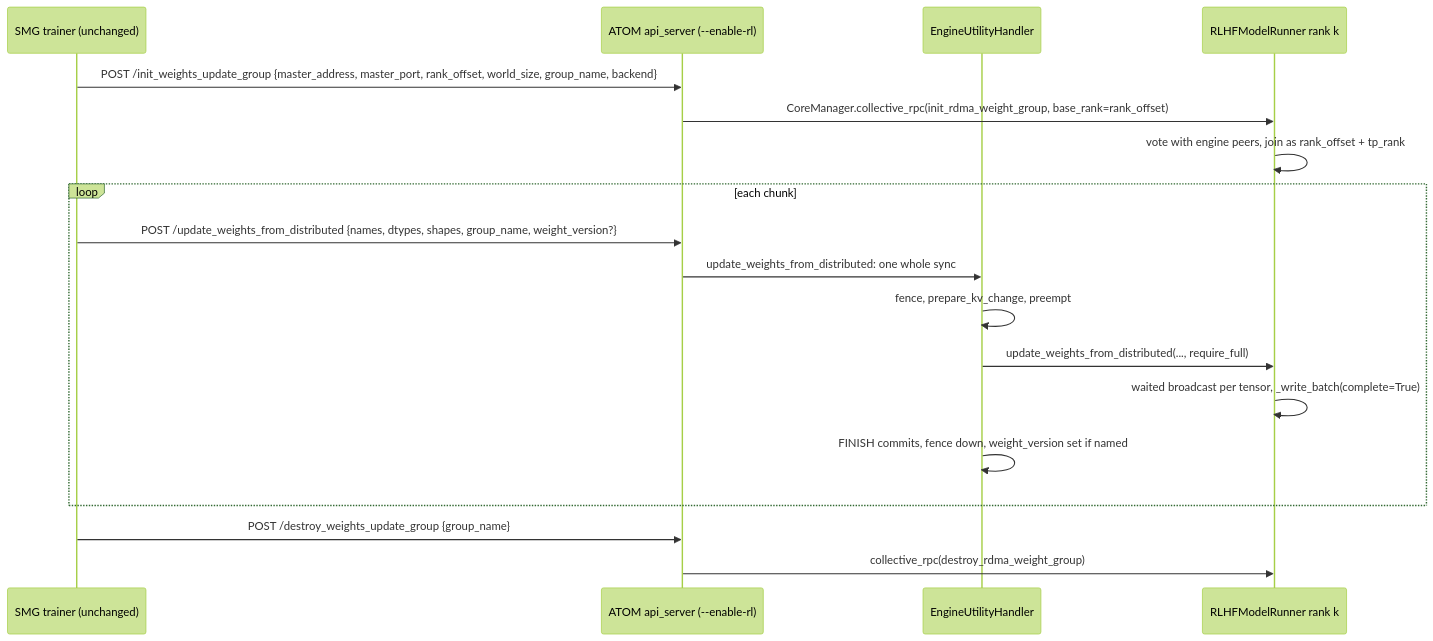
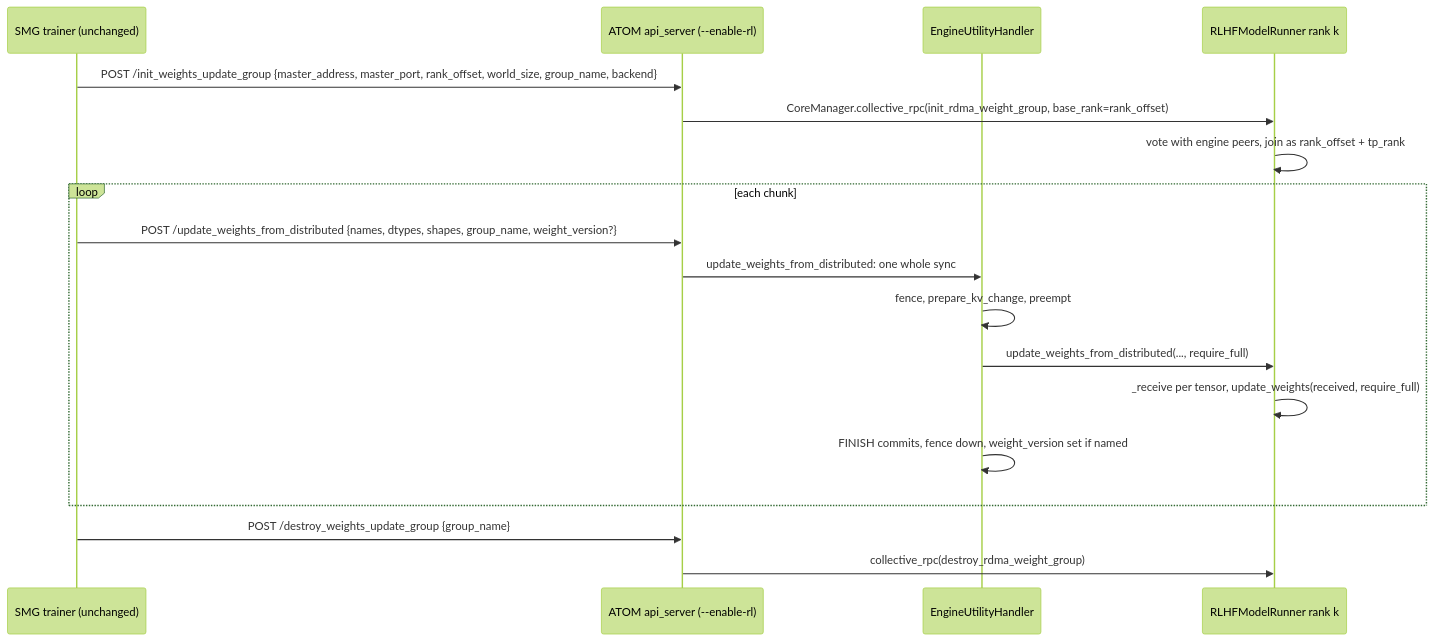
Before and after one commit to junyyang-amd/ATOM: the fifth of 6 diagrams in docs/atomesh_rl_control_plane.md, drawn with Mermaid (forest theme). The commit also changed other lines of this file, not shown here.

````diff
--- a/docs/atomesh_rl_control_plane.md
+++ b/docs/atomesh_rl_control_plane.md
@@ -572,20 +573,20 @@
 ```mermaid
 sequenceDiagram
     participant T as SMG trainer (unchanged)
     participant A as ATOM api_server (--enable-rl)
     participant E as EngineUtilityHandler
     participant R as RLHFModelRunner rank k
     T->>A: POST /init_weights_update_group {master_address, master_port, rank_offset, world_size, group_name, backend}
     A->>R: CoreManager.collective_rpc(init_rdma_weight_group, base_rank=rank_offset)
     R->>R: vote with engine peers, join as rank_offset + tp_rank
     loop each chunk
         T->>A: POST /update_weights_from_distributed {names, dtypes, shapes, group_name, weight_version?}
         A->>E: update_weights_from_distributed: one whole sync
         E->>E: fence, prepare_kv_change, preempt
         E->>R: update_weights_from_distributed(..., require_full)
-        R->>R: waited broadcast per tensor, _write_batch(complete=True)
+        R->>R: _receive per tensor, update_weights(received, require_full)
         E->>E: FINISH commits, fence down, weight_version set if named
     end
     T->>A: POST /destroy_weights_update_group {group_name}
     A->>R: collective_rpc(destroy_rdma_weight_group)
 ```
````
